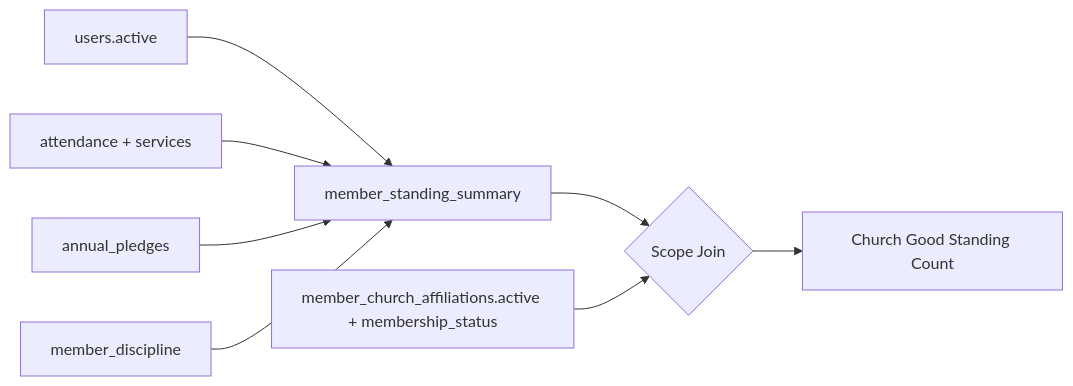
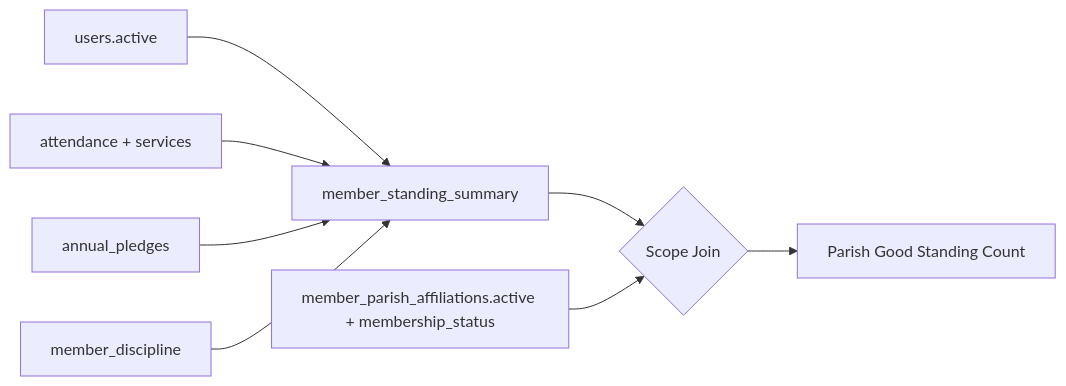
Before and after one commit to ekklesiaonline/ekklesiaONLINE: the fifth of 8 diagrams in docs/GUEST_REGISTRATION_TO_GOOD_STANDING_DIAGRAMS_2026-04-11.md, drawn with Mermaid. The commit also changed other lines of this file and 266 other files, not shown here.

First line of the commit message:
Project-wide terminology migration: church -> parish

````diff
--- a/docs/GUEST_REGISTRATION_TO_GOOD_STANDING_DIAGRAMS_2026-04-11.md
+++ b/docs/GUEST_REGISTRATION_TO_GOOD_STANDING_DIAGRAMS_2026-04-11.md
@@ -87,10 +87,10 @@
 ```mermaid
 flowchart LR
     U[users.active] --> S[member_standing_summary]
     A[attendance + services] --> S
     P[annual_pledges] --> S
     D[member_discipline] --> S
     S --> J{Scope Join}
-    M[member_church_affiliations.active + membership_status] --> J
-    J --> K[Church Good Standing Count]
+    M[member_parish_affiliations.active + membership_status] --> J
+    J --> K[Parish Good Standing Count]
 ```
````
